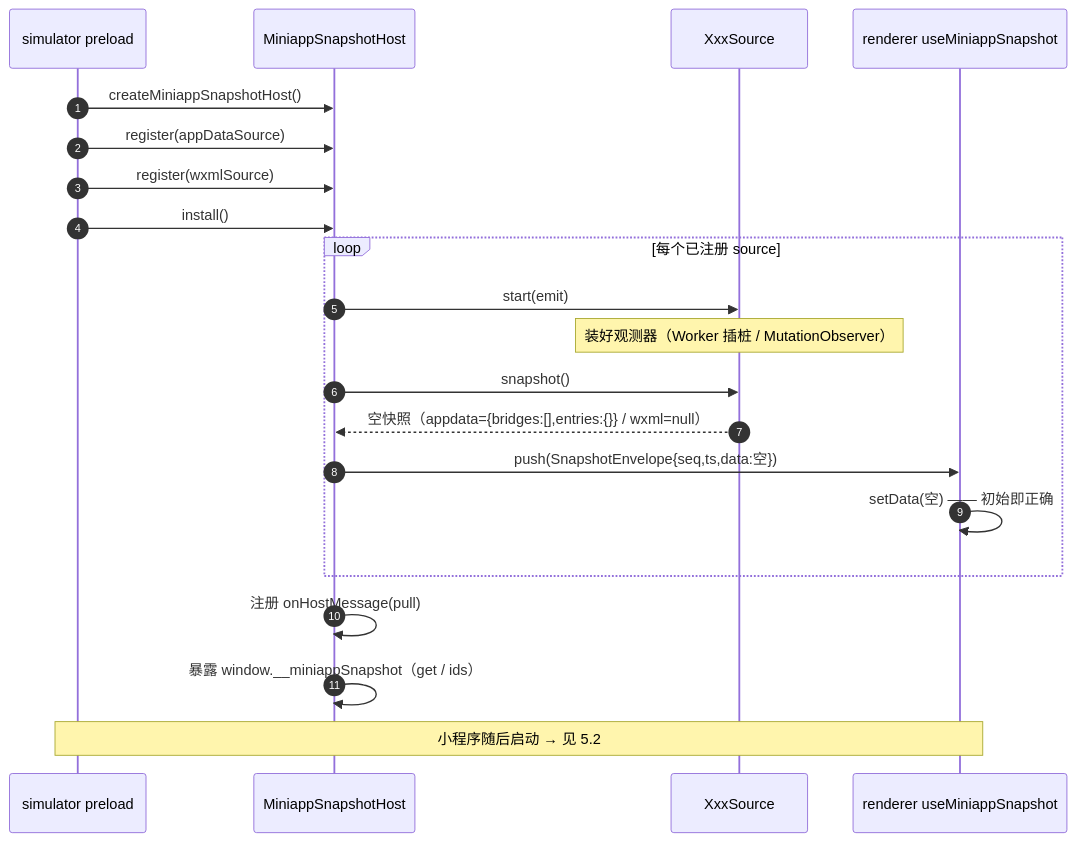
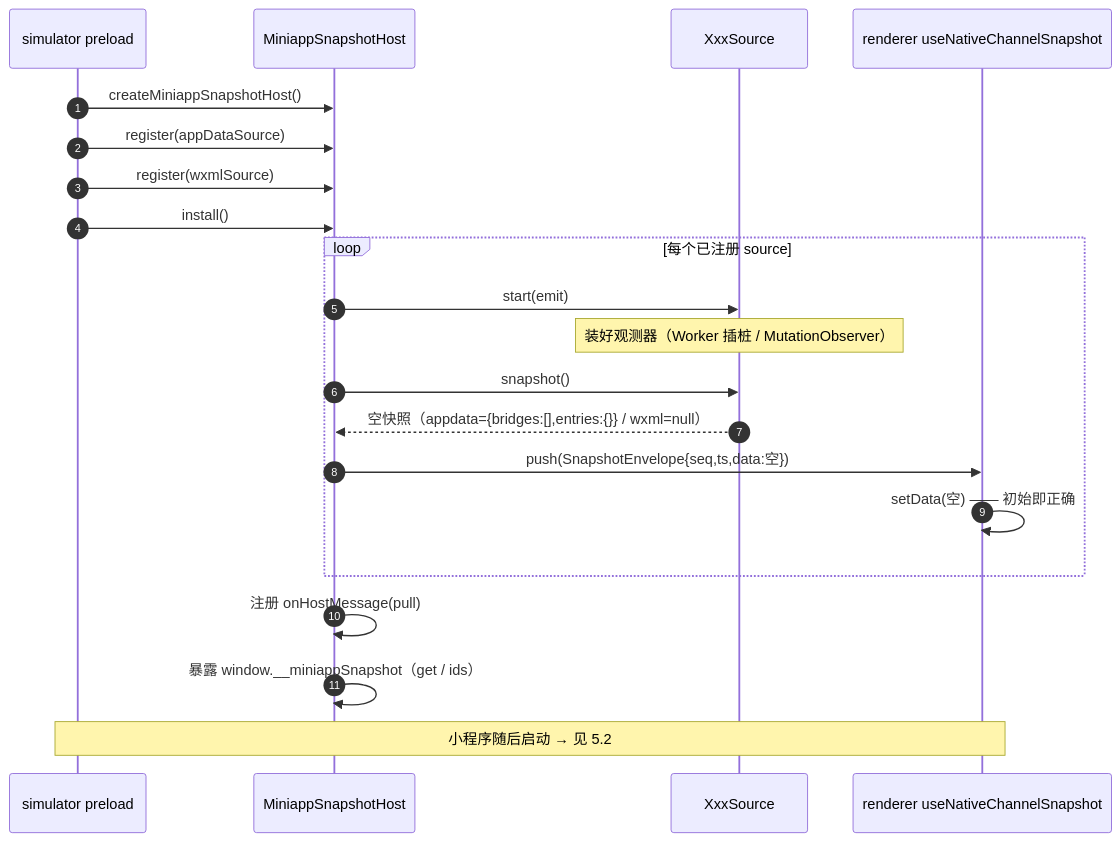
Before and after one commit to EchoTechFE/dimina-kit: the third of 7 diagrams in packages/devtools/docs/miniapp-snapshot.md, drawn with Mermaid. The commit also changed other lines of this file and 253 other files, not shown here.

````diff
--- a/packages/devtools/docs/miniapp-snapshot.md
+++ b/packages/devtools/docs/miniapp-snapshot.md
@@ -143,24 +142,24 @@
 ```mermaid
 sequenceDiagram
   autonumber
   participant WV as simulator preload
   participant Host as MiniappSnapshotHost
   participant Src as XxxSource
-  participant RD as renderer useMiniappSnapshot
+  participant RD as renderer useNativeChannelSnapshot
 
   WV->>Host: createMiniappSnapshotHost()
   WV->>Host: register(appDataSource)
   WV->>Host: register(wxmlSource)
   WV->>Host: install()
   loop 每个已注册 source
     Host->>Src: start(emit)
     Note over Src: 装好观测器（Worker 插桩 / MutationObserver）
     Host->>Src: snapshot()
     Src-->>Host: 空快照（appdata={bridges:[],entries:{}} / wxml=null）
     Host->>RD: push(SnapshotEnvelope{seq,ts,data:空})
     RD->>RD: setData(空) —— 初始即正确
   end
   Host->>Host: 注册 onHostMessage(pull)
   Host->>Host: 暴露 window.__miniappSnapshot（get / ids）
   Note over WV,RD: 小程序随后启动 → 见 5.2
 ```
````
